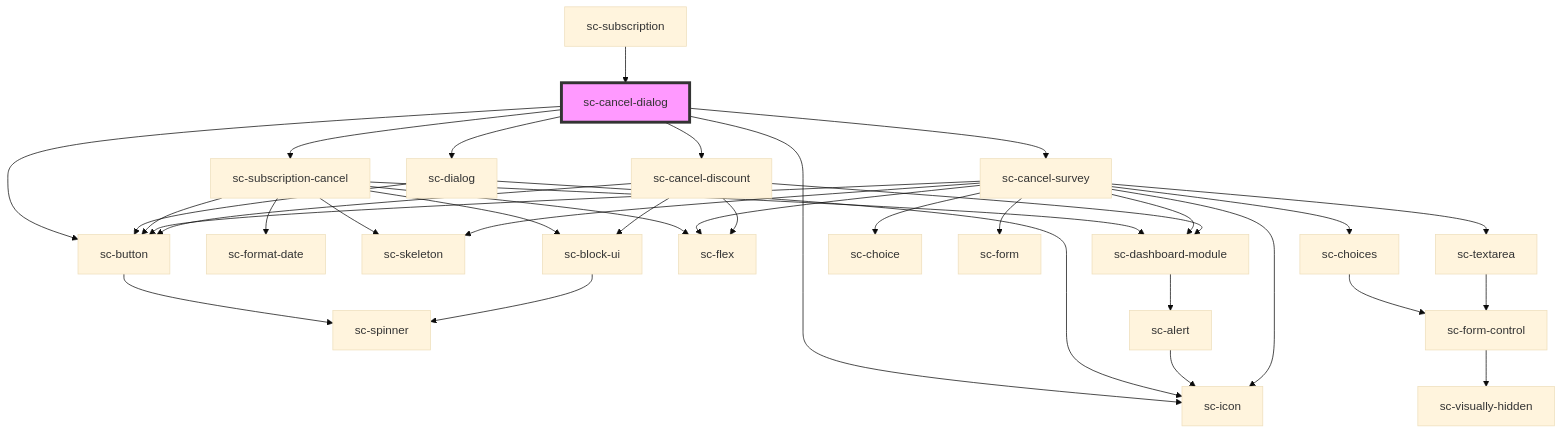
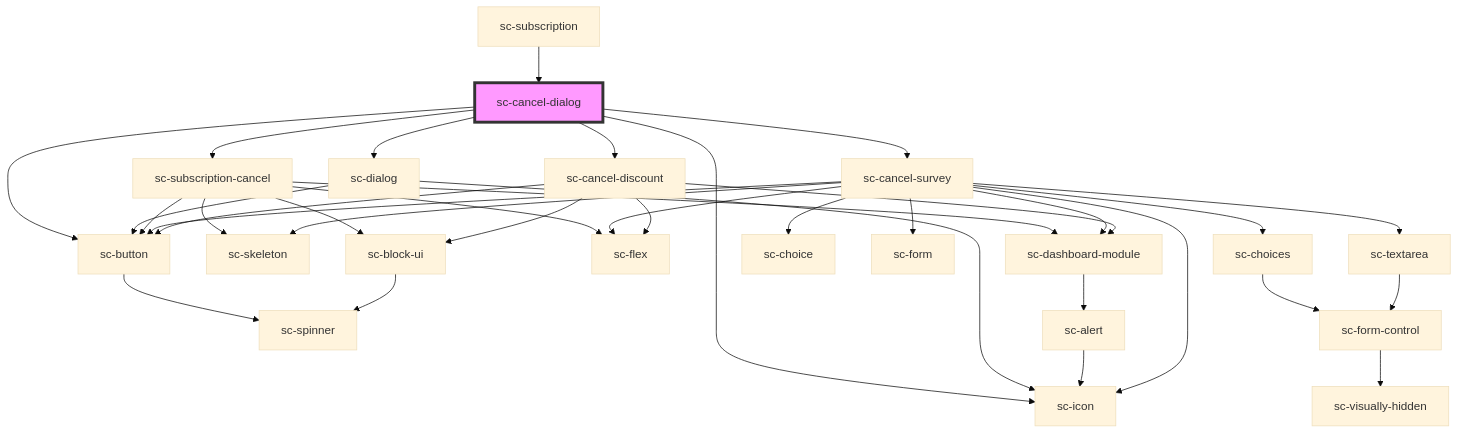
The diagram in packages/components/src/components/controllers/dashboard/sc-cancel-dialog/readme.md (surecart/surecart-wp-plugin), drawn with Mermaid (base theme) before and after one commit. The commit also changed 52 other files, not shown here.

````diff
--- a/packages/components/src/components/controllers/dashboard/sc-cancel-dialog/readme.md
+++ b/packages/components/src/components/controllers/dashboard/sc-cancel-dialog/readme.md
@@ -41,39 +41,38 @@
 ```mermaid
 graph TD;
   sc-cancel-dialog --> sc-dialog
   sc-cancel-dialog --> sc-button
   sc-cancel-dialog --> sc-icon
   sc-cancel-dialog --> sc-subscription-cancel
   sc-cancel-dialog --> sc-cancel-survey
   sc-cancel-dialog --> sc-cancel-discount
   sc-dialog --> sc-button
   sc-dialog --> sc-icon
   sc-button --> sc-spinner
-  sc-subscription-cancel --> sc-format-date
   sc-subscription-cancel --> sc-skeleton
   sc-subscription-cancel --> sc-dashboard-module
   sc-subscription-cancel --> sc-flex
   sc-subscription-cancel --> sc-button
   sc-subscription-cancel --> sc-block-ui
   sc-dashboard-module --> sc-alert
   sc-alert --> sc-icon
   sc-block-ui --> sc-spinner
   sc-cancel-survey --> sc-choice
   sc-cancel-survey --> sc-skeleton
   sc-cancel-survey --> sc-dashboard-module
   sc-cancel-survey --> sc-form
   sc-cancel-survey --> sc-choices
   sc-cancel-survey --> sc-textarea
   sc-cancel-survey --> sc-flex
   sc-cancel-survey --> sc-button
   sc-cancel-survey --> sc-icon
   sc-choices --> sc-form-control
   sc-form-control --> sc-visually-hidden
   sc-textarea --> sc-form-control
   sc-cancel-discount --> sc-dashboard-module
   sc-cancel-discount --> sc-flex
   sc-cancel-discount --> sc-button
   sc-cancel-discount --> sc-block-ui
   sc-subscription --> sc-cancel-dialog
   style sc-cancel-dialog fill:#f9f,stroke:#333,stroke-width:4px
 ```
````
